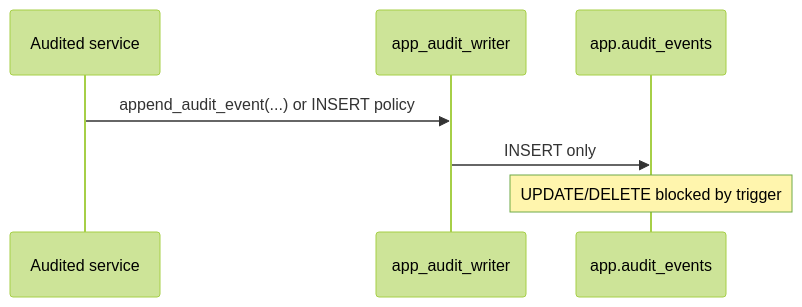
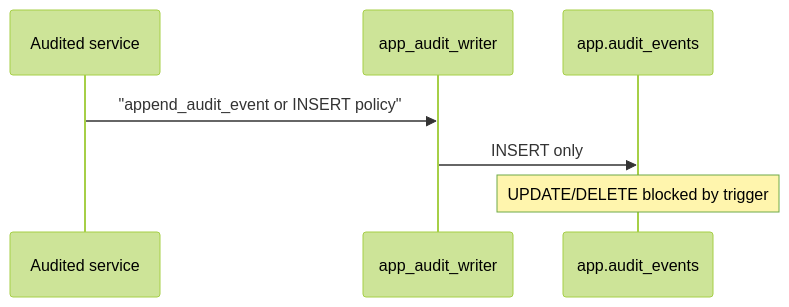
The third of 3 diagrams in docs/security/IDENTITY_PROPAGATION.md (Nagdy8888/smart-rag), drawn with Mermaid (forest theme) before and after one commit. The commit also changed other lines of this file and 83 other files, not shown here.

````diff
--- a/docs/security/IDENTITY_PROPAGATION.md
+++ b/docs/security/IDENTITY_PROPAGATION.md
@@ -159,10 +159,10 @@
 ```mermaid
 sequenceDiagram
   participant Svc as Audited service
   participant AW as app_audit_writer
   participant AE as app.audit_events
 
-  Svc->>AW: append_audit_event(...) or INSERT policy
+  Svc->>AW: "append_audit_event or INSERT policy"
   AW->>AE: INSERT only
   Note over AE: UPDATE/DELETE blocked by trigger
 ```
````
